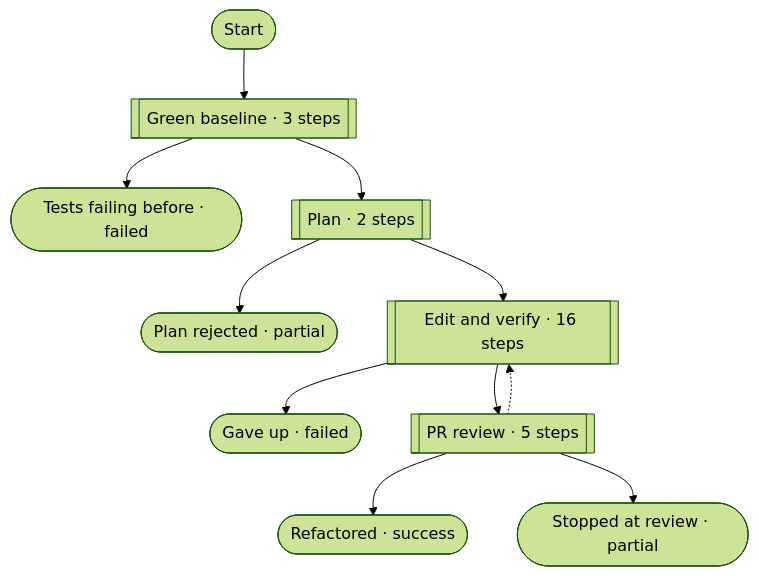
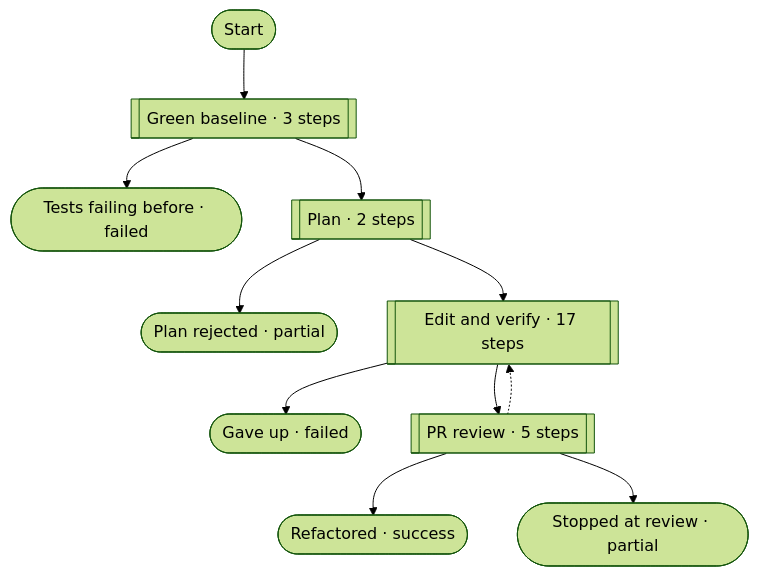
The third of 7 diagrams in docs/patterns.md (pirty6/symphony-core), drawn with Mermaid (forest theme) before and after one commit. The commit also changed other lines of this file and 5 other files, not shown here.

````diff
--- a/docs/patterns.md
+++ b/docs/patterns.md
@@ -276,23 +276,23 @@
 ```mermaid
 flowchart TD
   n_start(["Start"])
   n_reviewStopped(["Stopped at review · partial"])
   n_refactored(["Refactored · success"])
   n_gaveUp(["Gave up · failed"])
   n_notGreen(["Tests failing before · failed"])
   n_rejected(["Plan rejected · partial"])
   n_baselinePhase[["Green baseline · 3 steps"]]
   n_planPhase[["Plan · 2 steps"]]
-  n_editPhase[["Edit and verify · 16 steps"]]
+  n_editPhase[["Edit and verify · 17 steps"]]
   n_prReviewPhase[["PR review · 5 steps"]]
   n_start --> n_baselinePhase
   n_baselinePhase --> n_notGreen
   n_baselinePhase --> n_planPhase
   n_planPhase --> n_editPhase
   n_planPhase --> n_rejected
   n_editPhase --> n_prReviewPhase
   n_editPhase --> n_gaveUp
   n_prReviewPhase --> n_refactored
   n_prReviewPhase -.-> n_editPhase
   n_prReviewPhase --> n_reviewStopped
 ```
````
